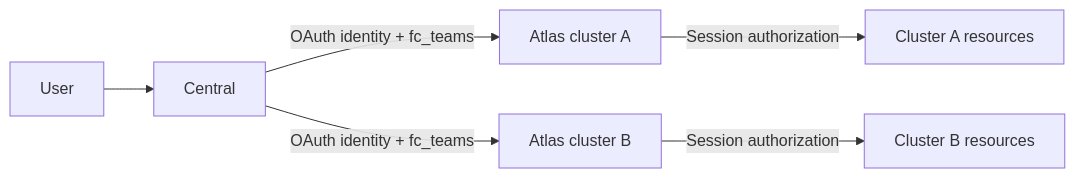
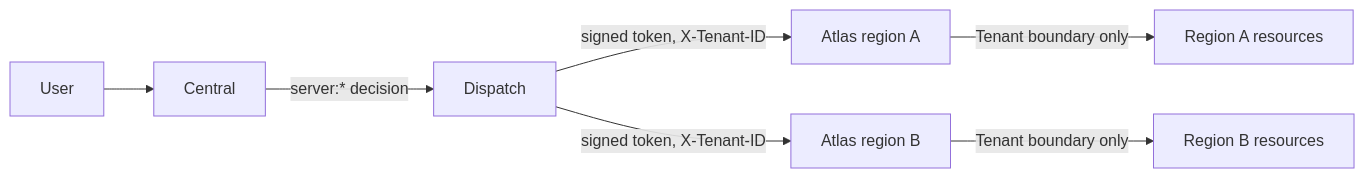
One commit to frappe/central changed the first of 3 diagrams in spec/IAM.md. Above: the diagram before and after it, drawn with Mermaid. The commit also changed other lines of this file and 8 other files, not shown here.

First line of the commit message:
refactor(central): remove the retired OAuth fc_teams claim path

````diff
--- a/spec/IAM.md
+++ b/spec/IAM.md
@@ -5,8 +5,9 @@
 ```mermaid
 flowchart LR
     U[User] --> C[Central]
-    C -->|OAuth identity + fc_teams| A1[Atlas cluster A]
-    C -->|OAuth identity + fc_teams| A2[Atlas cluster B]
-    A1 -->|Session authorization| R1[Cluster A resources]
-    A2 -->|Session authorization| R2[Cluster B resources]
+    C -->|server:* decision| D[Dispatch]
+    D -->|signed token, X-Tenant-ID| A1[Atlas region A]
+    D -->|signed token, X-Tenant-ID| A2[Atlas region B]
+    A1 -->|Tenant boundary only| R1[Region A resources]
+    A2 -->|Tenant boundary only| R2[Region B resources]
 ```
````
